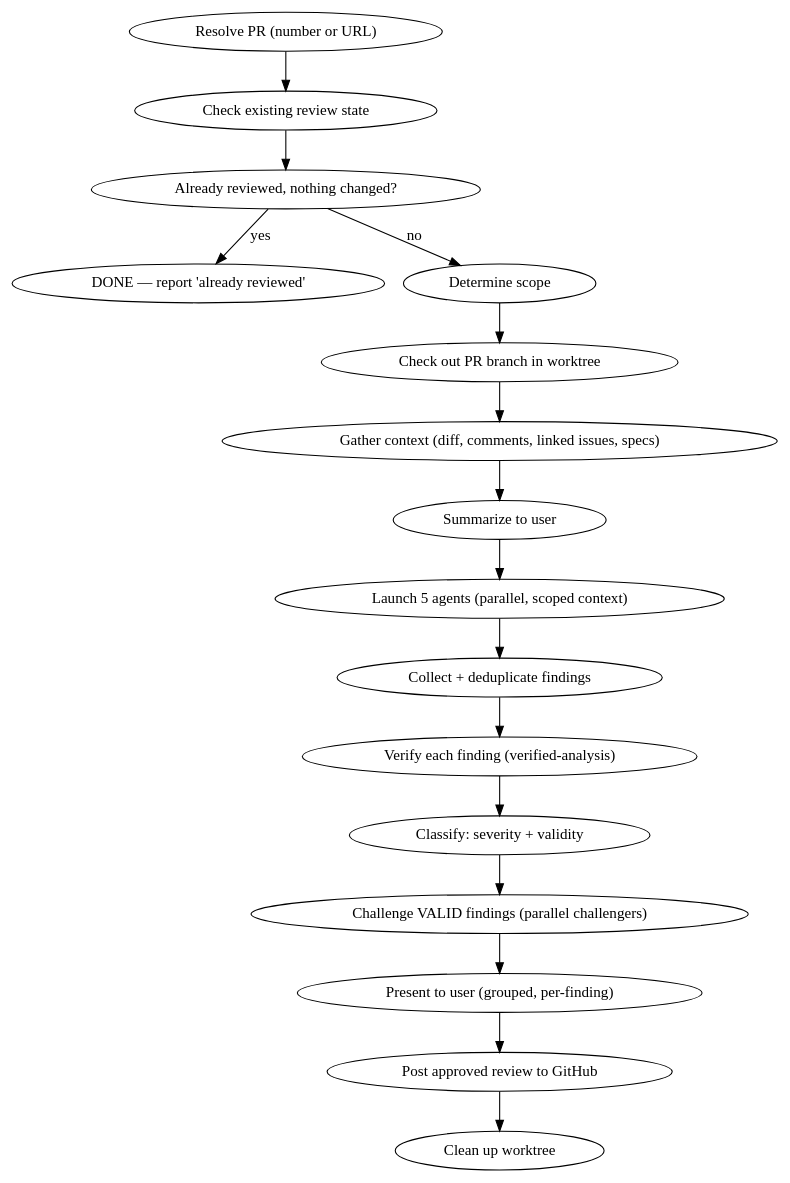
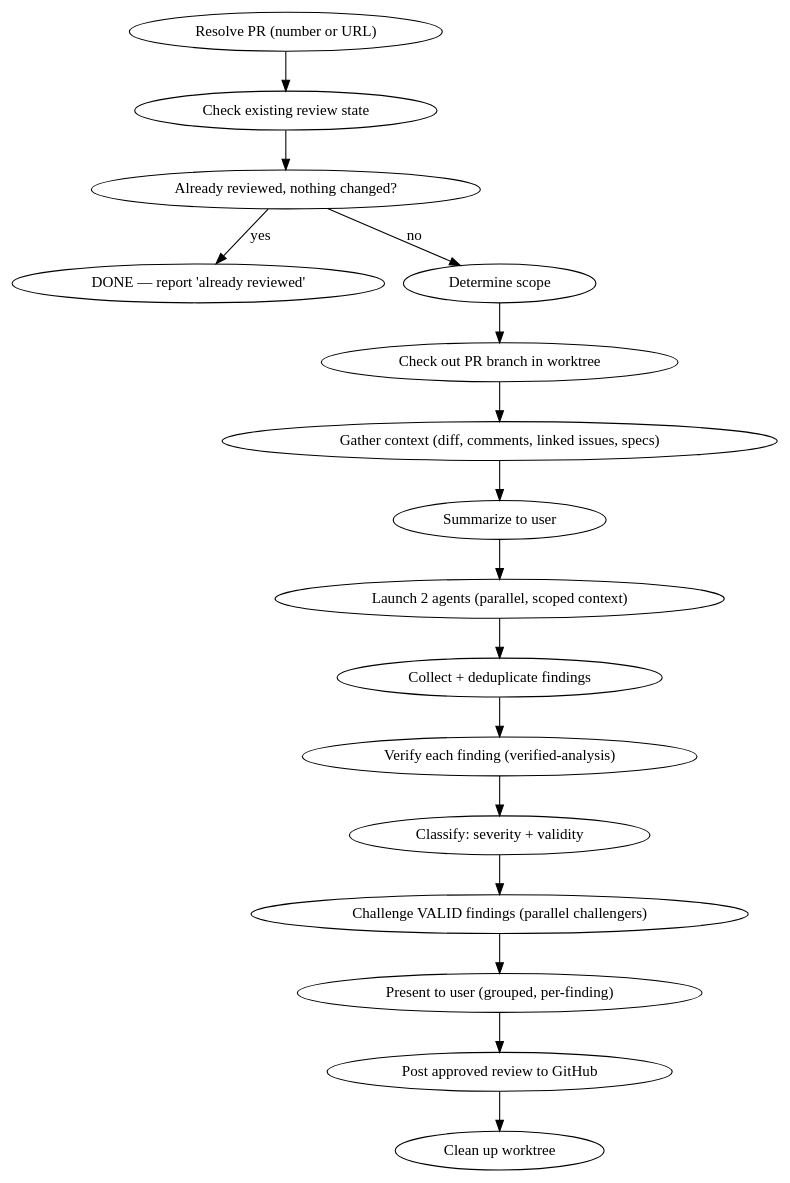
The diagram in skills/reviewing-prs/SKILL.md (srackley/claude-setup), drawn with Graphviz before and after one commit. The commit also changed other lines of this file and 13 other files, not shown here.

````diff
--- a/skills/reviewing-prs/SKILL.md
+++ b/skills/reviewing-prs/SKILL.md
@@ -22,20 +22,20 @@
 ```dot
 digraph reviewing_prs {
     rankdir=TB;
     "Resolve PR (number or URL)" -> "Check existing review state";
     "Check existing review state" -> "Already reviewed, nothing changed?" [shape=diamond];
     "Already reviewed, nothing changed?" -> "DONE — report 'already reviewed'" [label="yes"];
     "Already reviewed, nothing changed?" -> "Determine scope" [label="no"];
     "Determine scope" -> "Check out PR branch in worktree";
     "Check out PR branch in worktree" -> "Gather context (diff, comments, linked issues, specs)";
     "Gather context (diff, comments, linked issues, specs)" -> "Summarize to user";
-    "Summarize to user" -> "Launch 5 agents (parallel, scoped context)";
-    "Launch 5 agents (parallel, scoped context)" -> "Collect + deduplicate findings";
+    "Summarize to user" -> "Launch 2 agents (parallel, scoped context)";
+    "Launch 2 agents (parallel, scoped context)" -> "Collect + deduplicate findings";
     "Collect + deduplicate findings" -> "Verify each finding (verified-analysis)";
     "Verify each finding (verified-analysis)" -> "Classify: severity + validity";
     "Classify: severity + validity" -> "Challenge VALID findings (parallel challengers)";
     "Challenge VALID findings (parallel challengers)" -> "Present to user (grouped, per-finding)";
     "Present to user (grouped, per-finding)" -> "Post approved review to GitHub";
     "Post approved review to GitHub" -> "Clean up worktree";
 }
 ```
````
